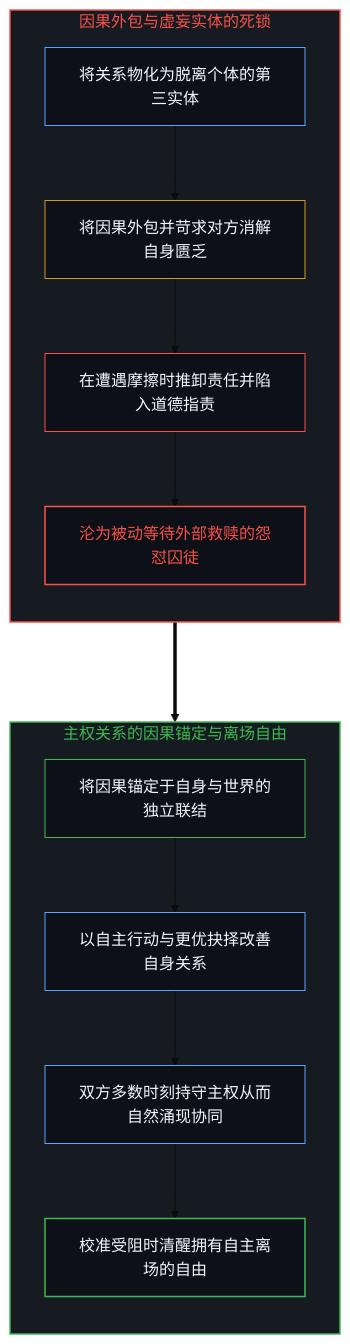
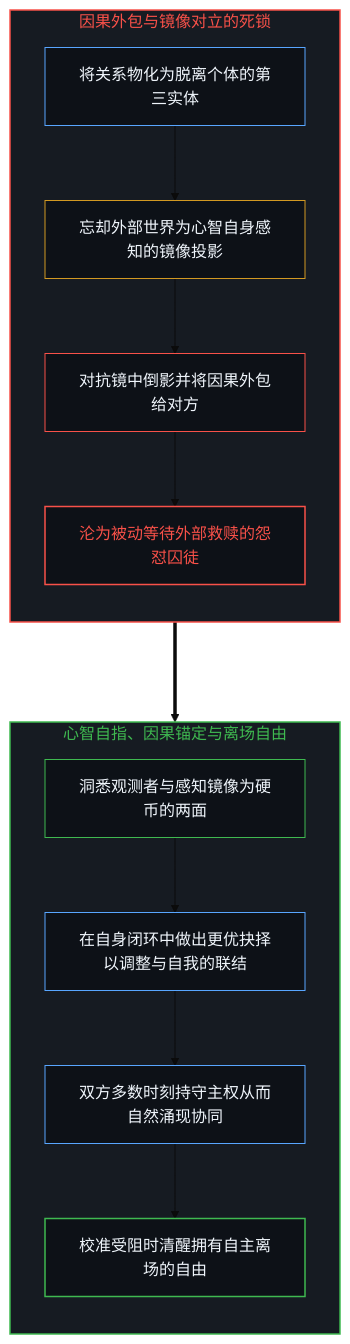
The ninth of 10 diagrams in content/posts/the-causal-inversion-of-partnership.md (powerpig99/not-a-toe), drawn with Mermaid (base theme) before and after one commit. The commit also changed other lines of this file and 3 other files, not shown here.

Commit message:
Deepen Post #335: All relationships as the mind's relation to itself and the mirror coin closure

````diff
--- a/content/posts/the-causal-inversion-of-partnership.md
+++ b/content/posts/the-causal-inversion-of-partnership.md
@@ -301,29 +303,29 @@
 ```mermaid
 graph TD
-    subgraph S_OutsourceTrap ["因果外包与虚妄实体的死锁"]
+    subgraph S_MirrorOutsource ["因果外包与镜像对立的死锁"]
         direction TB
-        O_Reify["将关系物化为脱离个体的第三实体"] --> O_Outsource["将因果外包并苛求对方消解自身匮乏"]
-        O_Outsource --> O_Blame["在遭遇摩擦时推卸责任并陷入道德指责"]
+        O_Reify["将关系物化为脱离个体的第三实体"] --> O_Projection["忘却外部世界为心智自身感知的镜像投影"]
+        O_Projection --> O_Blame["对抗镜中倒影并将因果外包给对方"]
         O_Blame --> O_Victim["沦为被动等待外部救赎的怨怼囚徒"]
     end
 
-    subgraph S_SovereignFreedom ["主权关系的因果锚定与离场自由"]
+    subgraph S_SelfReferential ["心智自指、因果锚定与离场自由"]
         direction TB
-        S_Anchor["将因果锚定于自身与世界的独立联结"] --> S_Action["以自主行动与更优抉择改善自身关系"]
+        S_Coin["洞悉观测者与感知镜像为硬币的两面"] --> S_Action["在自身闭环中做出更优抉择以调整与自我的联结"]
         S_Action --> S_Emergence["双方多数时刻持守主权从而自然涌现协同"]
         S_Emergence --> S_Freedom["校准受阻时清醒拥有自主离场的自由"]
     end
 
-    O_Victim ===> S_Anchor
+    O_Victim ===> S_Coin
 
-    style S_OutsourceTrap fill:#161b22,stroke:#f85149,stroke-width:1.5px,color:#f85149
-    style S_SovereignFreedom fill:#161b22,stroke:#3fb950,stroke-width:1.5px,color:#3fb950
+    style S_MirrorOutsource fill:#161b22,stroke:#f85149,stroke-width:1.5px,color:#f85149
+    style S_SelfReferential fill:#161b22,stroke:#3fb950,stroke-width:1.5px,color:#3fb950
     style O_Reify fill:#0d1117,stroke:#58a6ff,stroke-width:1px,color:#f0f6fc
-    style O_Outsource fill:#0d1117,stroke:#d29922,stroke-width:1px,color:#f0f6fc
+    style O_Projection fill:#0d1117,stroke:#d29922,stroke-width:1px,color:#f0f6fc
     style O_Blame fill:#0d1117,stroke:#f85149,stroke-width:1px,color:#f0f6fc
     style O_Victim fill:#0d1117,stroke:#f85149,stroke-width:1.5px,color:#f85149
-    style S_Anchor fill:#0d1117,stroke:#3fb950,stroke-width:1px,color:#f0f6fc
+    style S_Coin fill:#0d1117,stroke:#3fb950,stroke-width:1px,color:#f0f6fc
     style S_Action fill:#0d1117,stroke:#58a6ff,stroke-width:1px,color:#f0f6fc
     style S_Emergence fill:#0d1117,stroke:#58a6ff,stroke-width:1px,color:#f0f6fc
     style S_Freedom fill:#0d1117,stroke:#3fb950,stroke-width:1.5px,color:#f0f6fc
 ```
````
